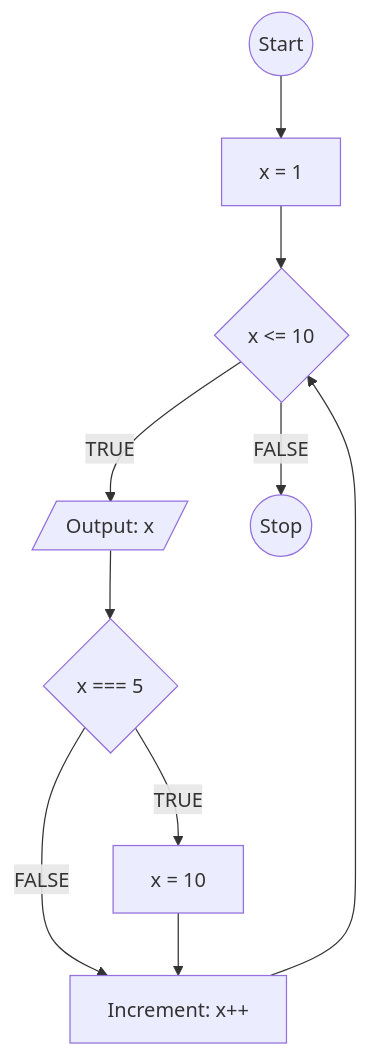
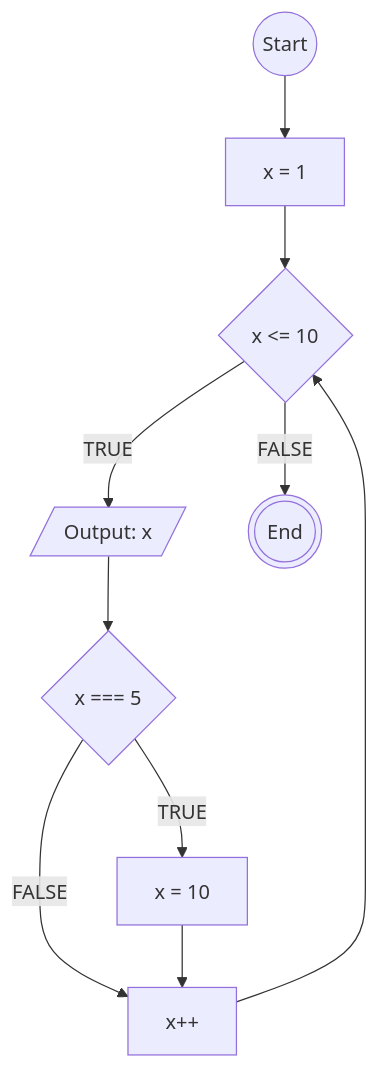
One commit to makarim22/koda-b6-javascript1 changed the diagram in flowchart-loop.md. Above: the diagram before and after it, drawn with Mermaid.

````diff
--- a/flowchart-loop.md
+++ b/flowchart-loop.md
@@ -2,31 +2,30 @@
 ```mermaid
 flowchart TD
 
 A@{ shape: circle, label: "Start" } --> B
 
 B@{ shape: rect, label: "x = 1" } --> C
 
 C@{ shape: diamond, label: "x <= 10" }
 
 D@{ shape: lean-r, label: "Output: x" }
 
 E@{ shape: diamond, label: "x === 5" }
 
 F@{ shape: rect, label: "x = 10" }
 
-G@{ shape: rect, label: "Increment: x++" }
+G@{ shape: rect, label: "x++" }
 
-H@{ shape: circle, label: "Stop" }
+H@{ shape: dbl-circ, label: "End" }
 
 C -->|TRUE| D
 C -->|FALSE| H
 
 D --> E
 
 E -- "TRUE" --> F
 E -- "FALSE" --> G
 
 F --> G
 G --> C
-
 ```
````
